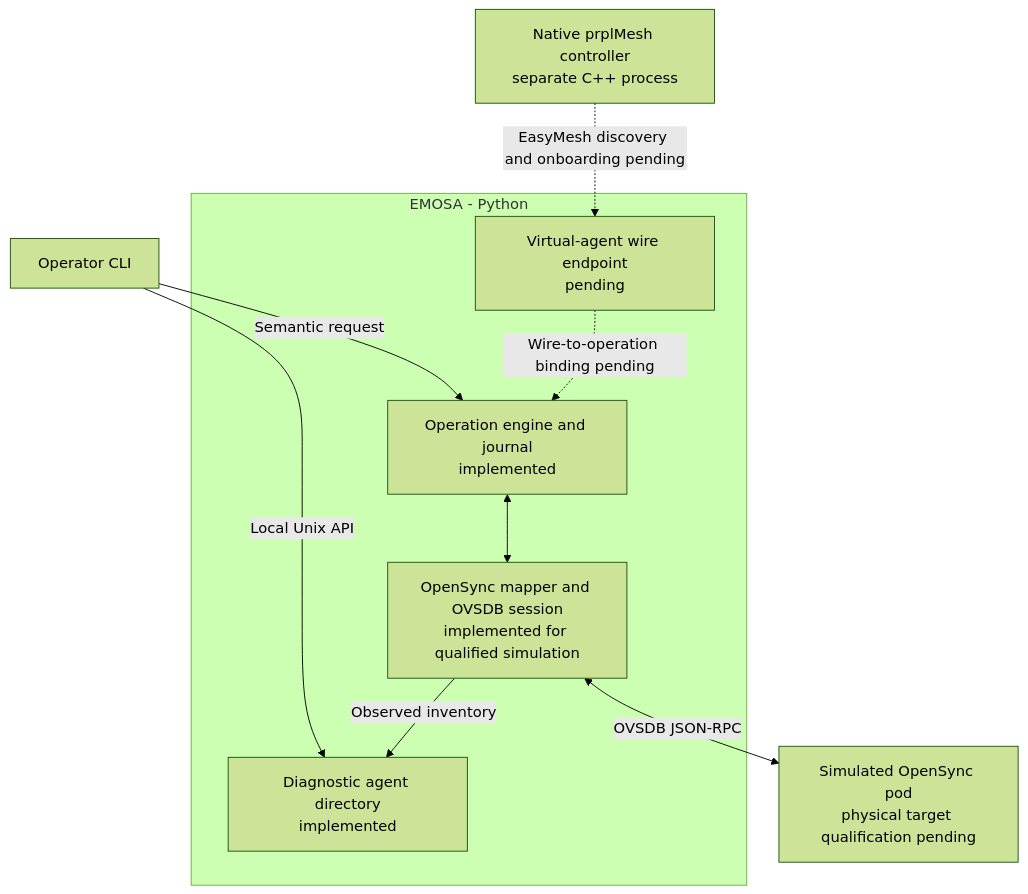
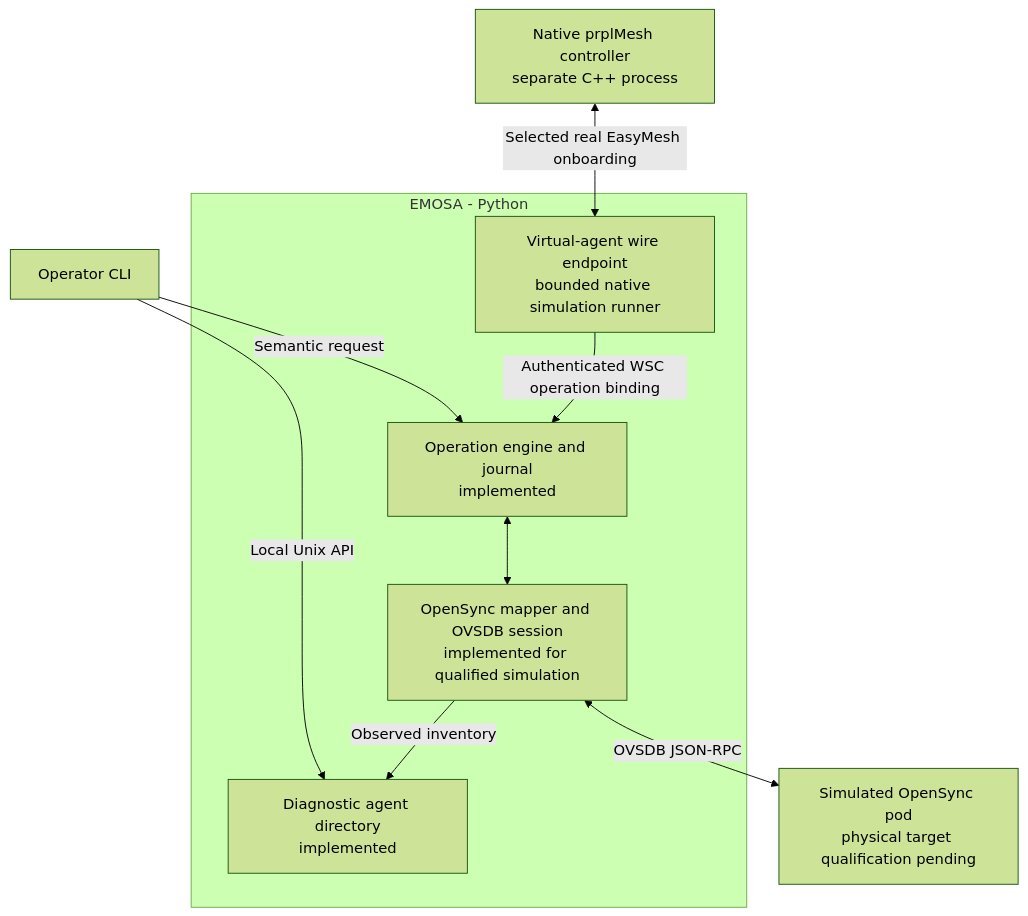
The third of 7 diagrams in doc/guides/team-manual.md (boardfarmdevs/emosa-lab), drawn with Mermaid (forest theme) before and after one commit. The commit also changed other lines of this file and 62 other files, not shown here.

````diff
--- a/doc/guides/team-manual.md
+++ b/doc/guides/team-manual.md
@@ -344,17 +349,17 @@
 ```mermaid
 flowchart TB
     C[Native prplMesh controller<br/>separate C++ process]
     subgraph E[EMOSA - Python]
-        V[Virtual-agent wire endpoint<br/>pending]
+        V[Virtual-agent wire endpoint<br/>bounded native simulation runner]
         O[Operation engine and journal<br/>implemented]
         M[OpenSync mapper and OVSDB session<br/>implemented for qualified simulation]
         D[Diagnostic agent directory<br/>implemented]
-        V -.->|Wire-to-operation binding pending| O
+        V -->|Authenticated WSC operation binding| O
         O <--> M
         M -->|Observed inventory| D
     end
-    C -.->|EasyMesh discovery and onboarding pending| V
+    C <-->|Selected real EasyMesh onboarding| V
     L[Operator CLI] -->|Local Unix API| D
     L -->|Semantic request| O
     M <-->|OVSDB JSON-RPC| P[Simulated OpenSync pod<br/>physical target qualification pending]
 ```
````
